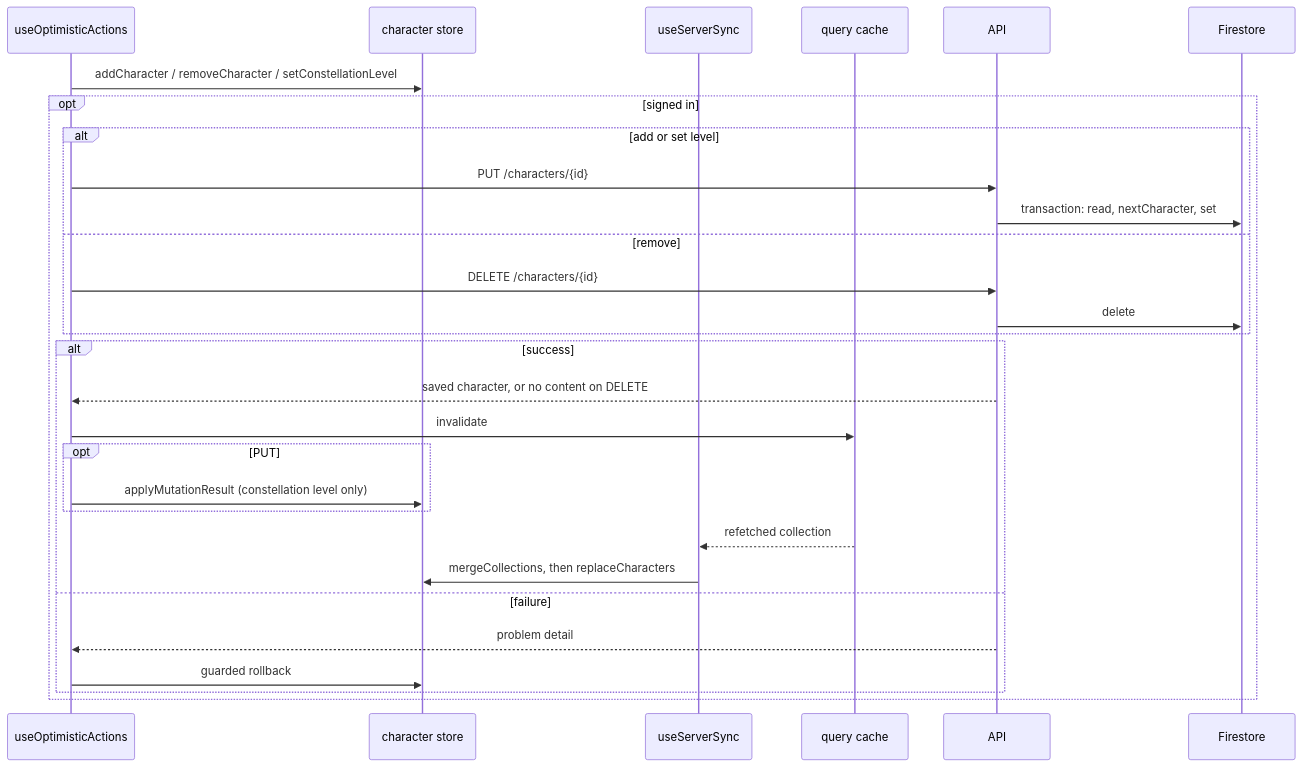
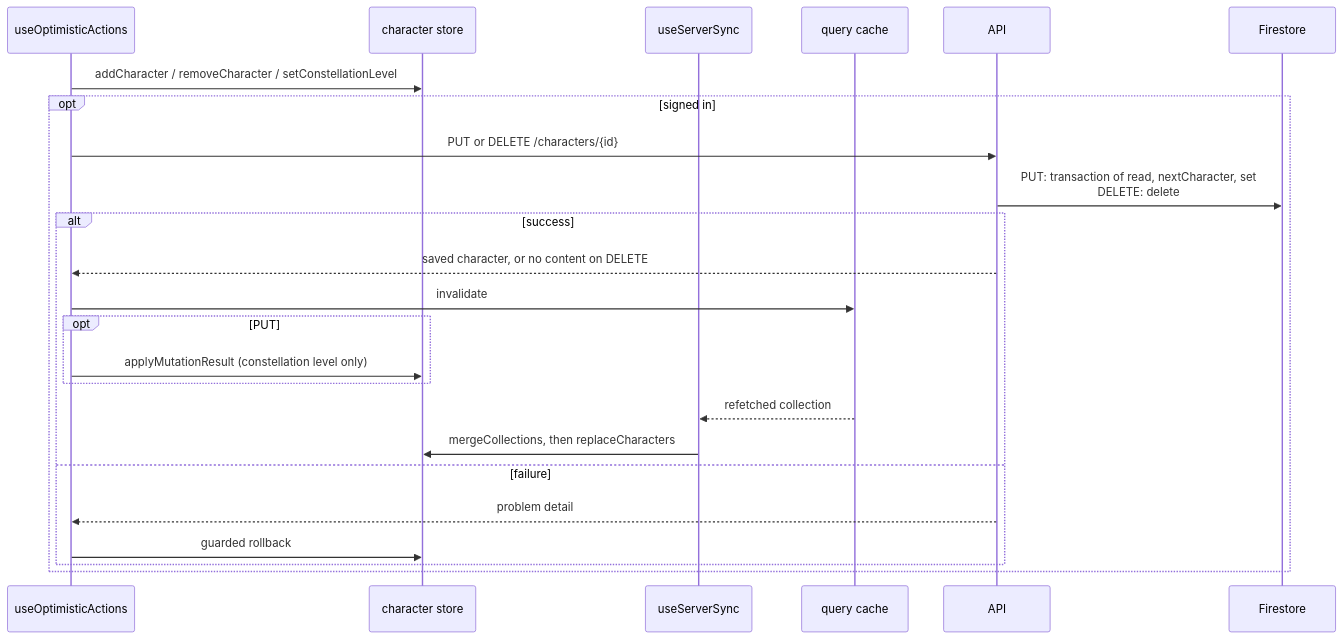
One commit to dungeon-studio/genshin.dungeon.studio changed the first of 4 diagrams in docs/reference/data-flow-write-paths.md. Above: the diagram before and after it, drawn with Mermaid. The commit also changed other lines of this file, not shown here.

````diff
--- a/docs/reference/data-flow-write-paths.md
+++ b/docs/reference/data-flow-write-paths.md
@@ -33,32 +35,27 @@
 ```mermaid
 sequenceDiagram
   participant Hook as useOptimisticActions
   participant Store as character store
   participant Reconcile as useServerSync
   participant Cache as query cache
   participant API as API
   participant FS as Firestore
 
   Hook->>Store: addCharacter / removeCharacter / setConstellationLevel
   opt signed in
-    alt add or set level
-      Hook->>API: PUT /characters/{id}
-      API->>FS: transaction: read, nextCharacter, set
-    else remove
-      Hook->>API: DELETE /characters/{id}
-      API->>FS: delete
-    end
+    Hook->>API: PUT or DELETE /characters/{id}
+    API->>FS: PUT: transaction of read, nextCharacter, set<br>DELETE: delete
     alt success
       API-->>Hook: saved character, or no content on DELETE
       Hook->>Cache: invalidate
       opt PUT
         Hook->>Store: applyMutationResult (constellation level only)
       end
       Cache-->>Reconcile: refetched collection
       Reconcile->>Store: mergeCollections, then replaceCharacters
     else failure
       API-->>Hook: problem detail
       Hook->>Store: guarded rollback
     end
   end
 ```
````
